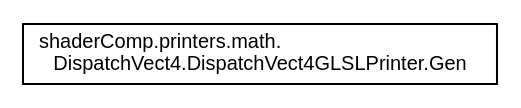
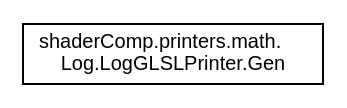
Before and after one commit to Hiestaa/ShaderComp: the diagram in Tutorial/documentation/inherit_graph_22.dot, drawn with Graphviz. The commit also changed 369 other files, not shown here.

```diff
--- a/Tutorial/documentation/inherit_graph_22.dot
+++ b/Tutorial/documentation/inherit_graph_22.dot
@@ -1,7 +1,7 @@
 digraph "Graphical Class Hierarchy"
 {
   edge [fontname="Helvetica",fontsize="10",labelfontname="Helvetica",labelfontsize="10"];
   node [fontname="Helvetica",fontsize="10",shape=record];
   rankdir="LR";
-  Node1 [label="shaderComp.printers.math.\lDispatchVect4.DispatchVect4GLSLPrinter.Gen",height=0.2,width=0.4,color="black", fillcolor="white", style="filled",URL="$classshader_comp_1_1printers_1_1math_1_1_dispatch_vect4_1_1_dispatch_vect4_g_l_s_l_printer_1_1_gen.html"];
+  Node1 [label="shaderComp.printers.math.\lLog.LogGLSLPrinter.Gen",height=0.2,width=0.4,color="black", fillcolor="white", style="filled",URL="$classshader_comp_1_1printers_1_1math_1_1_log_1_1_log_g_l_s_l_printer_1_1_gen.html"];
 }
```
